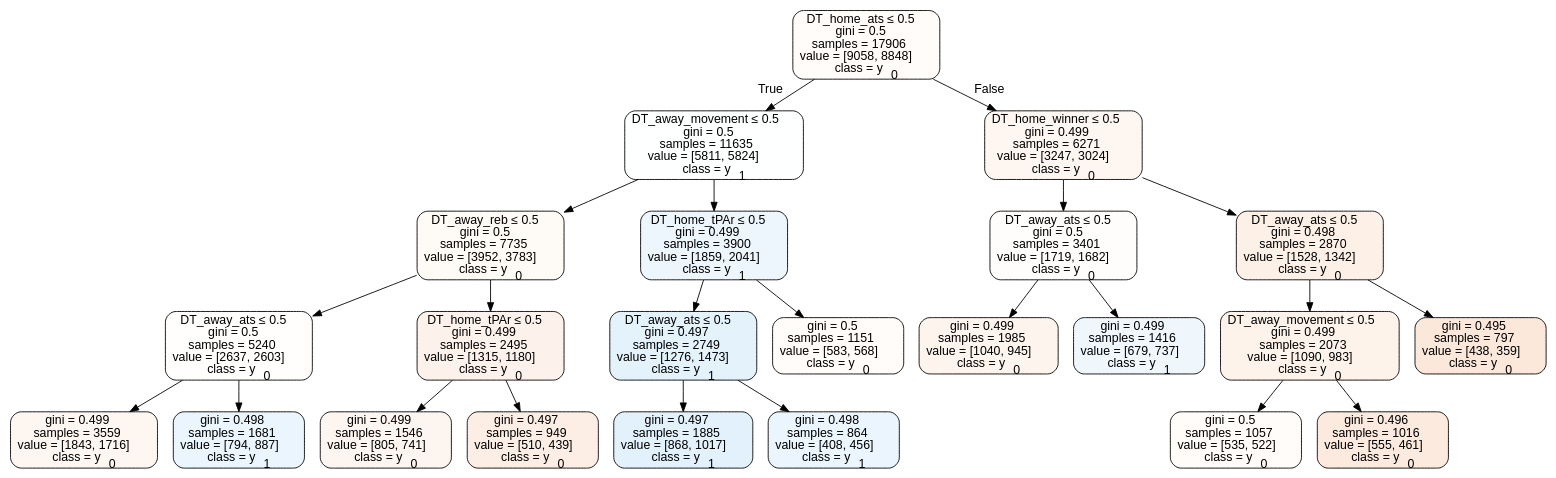
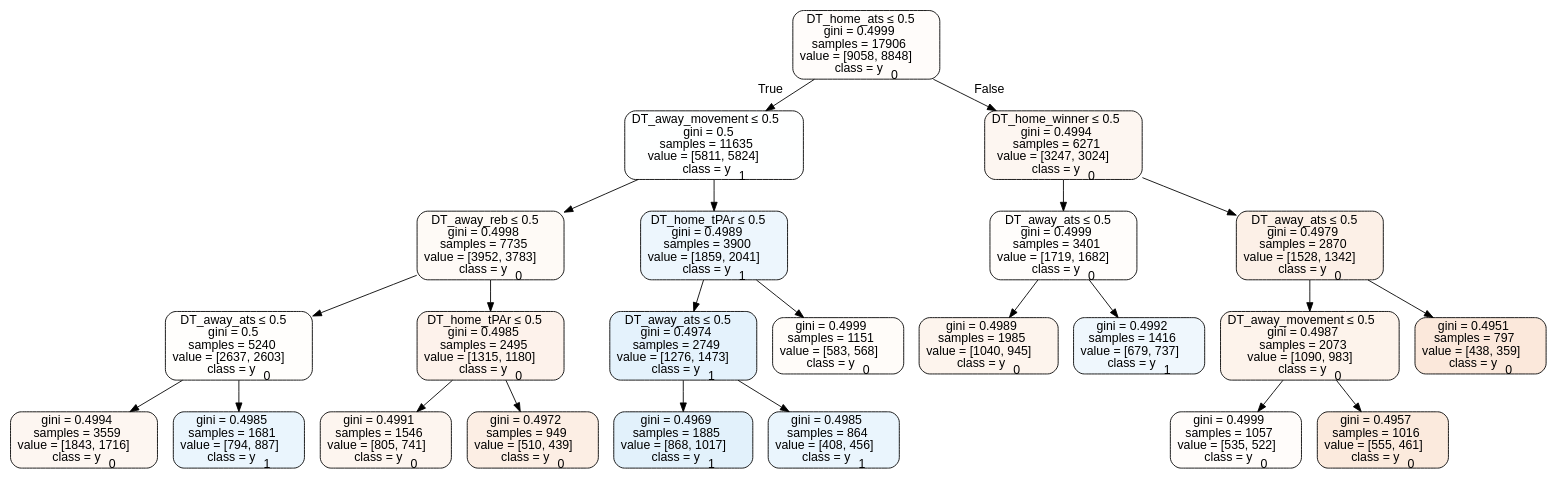
One commit to usbogie/ncaa-bets changed the diagram in Basketball/data/trees/treehome.dot. Above: the diagram before and after it, drawn with Graphviz. The commit also changed 54 other files, not shown here.

```diff
--- a/Basketball/data/trees/treehome.dot
+++ b/Basketball/data/trees/treehome.dot
@@ -1,49 +1,49 @@
 digraph Tree {
 node [shape=box, style="filled, rounded", color="black", fontname=helvetica] ;
 edge [fontname=helvetica] ;
-0 [label=<DT_home_ats &le; 0.5<br/>gini = 0.5<br/>samples = 17906<br/>value = [9058, 8848]<br/>class = y<SUB>0</SUB>>, fillcolor="#e5813906"] ;
+0 [label=<DT_home_ats &le; 0.5<br/>gini = 0.4999<br/>samples = 17906<br/>value = [9058, 8848]<br/>class = y<SUB>0</SUB>>, fillcolor="#e5813906"] ;
 1 [label=<DT_away_movement &le; 0.5<br/>gini = 0.5<br/>samples = 11635<br/>value = [5811, 5824]<br/>class = y<SUB>1</SUB>>, fillcolor="#399de501"] ;
 0 -> 1 [labeldistance=2.5, labelangle=45, headlabel="True"] ;
-2 [label=<DT_away_reb &le; 0.5<br/>gini = 0.5<br/>samples = 7735<br/>value = [3952, 3783]<br/>class = y<SUB>0</SUB>>, fillcolor="#e581390b"] ;
+2 [label=<DT_away_reb &le; 0.5<br/>gini = 0.4998<br/>samples = 7735<br/>value = [3952, 3783]<br/>class = y<SUB>0</SUB>>, fillcolor="#e581390b"] ;
 1 -> 2 ;
 3 [label=<DT_away_ats &le; 0.5<br/>gini = 0.5<br/>samples = 5240<br/>value = [2637, 2603]<br/>class = y<SUB>0</SUB>>, fillcolor="#e5813903"] ;
 2 -> 3 ;
-4 [label=<gini = 0.499<br/>samples = 3559<br/>value = [1843, 1716]<br/>class = y<SUB>0</SUB>>, fillcolor="#e5813912"] ;
+4 [label=<gini = 0.4994<br/>samples = 3559<br/>value = [1843, 1716]<br/>class = y<SUB>0</SUB>>, fillcolor="#e5813912"] ;
 3 -> 4 ;
-5 [label=<gini = 0.498<br/>samples = 1681<br/>value = [794, 887]<br/>class = y<SUB>1</SUB>>, fillcolor="#399de51b"] ;
+5 [label=<gini = 0.4985<br/>samples = 1681<br/>value = [794, 887]<br/>class = y<SUB>1</SUB>>, fillcolor="#399de51b"] ;
 3 -> 5 ;
-6 [label=<DT_home_tPAr &le; 0.5<br/>gini = 0.499<br/>samples = 2495<br/>value = [1315, 1180]<br/>class = y<SUB>0</SUB>>, fillcolor="#e581391a"] ;
+6 [label=<DT_home_tPAr &le; 0.5<br/>gini = 0.4985<br/>samples = 2495<br/>value = [1315, 1180]<br/>class = y<SUB>0</SUB>>, fillcolor="#e581391a"] ;
 2 -> 6 ;
-7 [label=<gini = 0.499<br/>samples = 1546<br/>value = [805, 741]<br/>class = y<SUB>0</SUB>>, fillcolor="#e5813914"] ;
+7 [label=<gini = 0.4991<br/>samples = 1546<br/>value = [805, 741]<br/>class = y<SUB>0</SUB>>, fillcolor="#e5813914"] ;
 6 -> 7 ;
-8 [label=<gini = 0.497<br/>samples = 949<br/>value = [510, 439]<br/>class = y<SUB>0</SUB>>, fillcolor="#e5813923"] ;
+8 [label=<gini = 0.4972<br/>samples = 949<br/>value = [510, 439]<br/>class = y<SUB>0</SUB>>, fillcolor="#e5813923"] ;
 6 -> 8 ;
-9 [label=<DT_home_tPAr &le; 0.5<br/>gini = 0.499<br/>samples = 3900<br/>value = [1859, 2041]<br/>class = y<SUB>1</SUB>>, fillcolor="#399de517"] ;
+9 [label=<DT_home_tPAr &le; 0.5<br/>gini = 0.4989<br/>samples = 3900<br/>value = [1859, 2041]<br/>class = y<SUB>1</SUB>>, fillcolor="#399de517"] ;
 1 -> 9 ;
-10 [label=<DT_away_ats &le; 0.5<br/>gini = 0.497<br/>samples = 2749<br/>value = [1276, 1473]<br/>class = y<SUB>1</SUB>>, fillcolor="#399de522"] ;
+10 [label=<DT_away_ats &le; 0.5<br/>gini = 0.4974<br/>samples = 2749<br/>value = [1276, 1473]<br/>class = y<SUB>1</SUB>>, fillcolor="#399de522"] ;
 9 -> 10 ;
-11 [label=<gini = 0.497<br/>samples = 1885<br/>value = [868, 1017]<br/>class = y<SUB>1</SUB>>, fillcolor="#399de525"] ;
+11 [label=<gini = 0.4969<br/>samples = 1885<br/>value = [868, 1017]<br/>class = y<SUB>1</SUB>>, fillcolor="#399de525"] ;
 10 -> 11 ;
-12 [label=<gini = 0.498<br/>samples = 864<br/>value = [408, 456]<br/>class = y<SUB>1</SUB>>, fillcolor="#399de51b"] ;
+12 [label=<gini = 0.4985<br/>samples = 864<br/>value = [408, 456]<br/>class = y<SUB>1</SUB>>, fillcolor="#399de51b"] ;
 10 -> 12 ;
-13 [label=<gini = 0.5<br/>samples = 1151<br/>value = [583, 568]<br/>class = y<SUB>0</SUB>>, fillcolor="#e5813907"] ;
+13 [label=<gini = 0.4999<br/>samples = 1151<br/>value = [583, 568]<br/>class = y<SUB>0</SUB>>, fillcolor="#e5813907"] ;
 9 -> 13 ;
-14 [label=<DT_home_winner &le; 0.5<br/>gini = 0.499<br/>samples = 6271<br/>value = [3247, 3024]<br/>class = y<SUB>0</SUB>>, fillcolor="#e5813912"] ;
+14 [label=<DT_home_winner &le; 0.5<br/>gini = 0.4994<br/>samples = 6271<br/>value = [3247, 3024]<br/>class = y<SUB>0</SUB>>, fillcolor="#e5813912"] ;
 0 -> 14 [labeldistance=2.5, labelangle=-45, headlabel="False"] ;
-15 [label=<DT_away_ats &le; 0.5<br/>gini = 0.5<br/>samples = 3401<br/>value = [1719, 1682]<br/>class = y<SUB>0</SUB>>, fillcolor="#e5813905"] ;
+15 [label=<DT_away_ats &le; 0.5<br/>gini = 0.4999<br/>samples = 3401<br/>value = [1719, 1682]<br/>class = y<SUB>0</SUB>>, fillcolor="#e5813905"] ;
 14 -> 15 ;
-16 [label=<gini = 0.499<br/>samples = 1985<br/>value = [1040, 945]<br/>class = y<SUB>0</SUB>>, fillcolor="#e5813917"] ;
+16 [label=<gini = 0.4989<br/>samples = 1985<br/>value = [1040, 945]<br/>class = y<SUB>0</SUB>>, fillcolor="#e5813917"] ;
 15 -> 16 ;
-17 [label=<gini = 0.499<br/>samples = 1416<br/>value = [679, 737]<br/>class = y<SUB>1</SUB>>, fillcolor="#399de514"] ;
+17 [label=<gini = 0.4992<br/>samples = 1416<br/>value = [679, 737]<br/>class = y<SUB>1</SUB>>, fillcolor="#399de514"] ;
 15 -> 17 ;
-18 [label=<DT_away_ats &le; 0.5<br/>gini = 0.498<br/>samples = 2870<br/>value = [1528, 1342]<br/>class = y<SUB>0</SUB>>, fillcolor="#e581391f"] ;
+18 [label=<DT_away_ats &le; 0.5<br/>gini = 0.4979<br/>samples = 2870<br/>value = [1528, 1342]<br/>class = y<SUB>0</SUB>>, fillcolor="#e581391f"] ;
 14 -> 18 ;
-19 [label=<DT_away_movement &le; 0.5<br/>gini = 0.499<br/>samples = 2073<br/>value = [1090, 983]<br/>class = y<SUB>0</SUB>>, fillcolor="#e5813919"] ;
+19 [label=<DT_away_movement &le; 0.5<br/>gini = 0.4987<br/>samples = 2073<br/>value = [1090, 983]<br/>class = y<SUB>0</SUB>>, fillcolor="#e5813919"] ;
 18 -> 19 ;
-20 [label=<gini = 0.5<br/>samples = 1057<br/>value = [535, 522]<br/>class = y<SUB>0</SUB>>, fillcolor="#e5813906"] ;
+20 [label=<gini = 0.4999<br/>samples = 1057<br/>value = [535, 522]<br/>class = y<SUB>0</SUB>>, fillcolor="#e5813906"] ;
 19 -> 20 ;
-21 [label=<gini = 0.496<br/>samples = 1016<br/>value = [555, 461]<br/>class = y<SUB>0</SUB>>, fillcolor="#e581392b"] ;
+21 [label=<gini = 0.4957<br/>samples = 1016<br/>value = [555, 461]<br/>class = y<SUB>0</SUB>>, fillcolor="#e581392b"] ;
 19 -> 21 ;
-22 [label=<gini = 0.495<br/>samples = 797<br/>value = [438, 359]<br/>class = y<SUB>0</SUB>>, fillcolor="#e581392e"] ;
+22 [label=<gini = 0.4951<br/>samples = 797<br/>value = [438, 359]<br/>class = y<SUB>0</SUB>>, fillcolor="#e581392e"] ;
 18 -> 22 ;
 }
```
